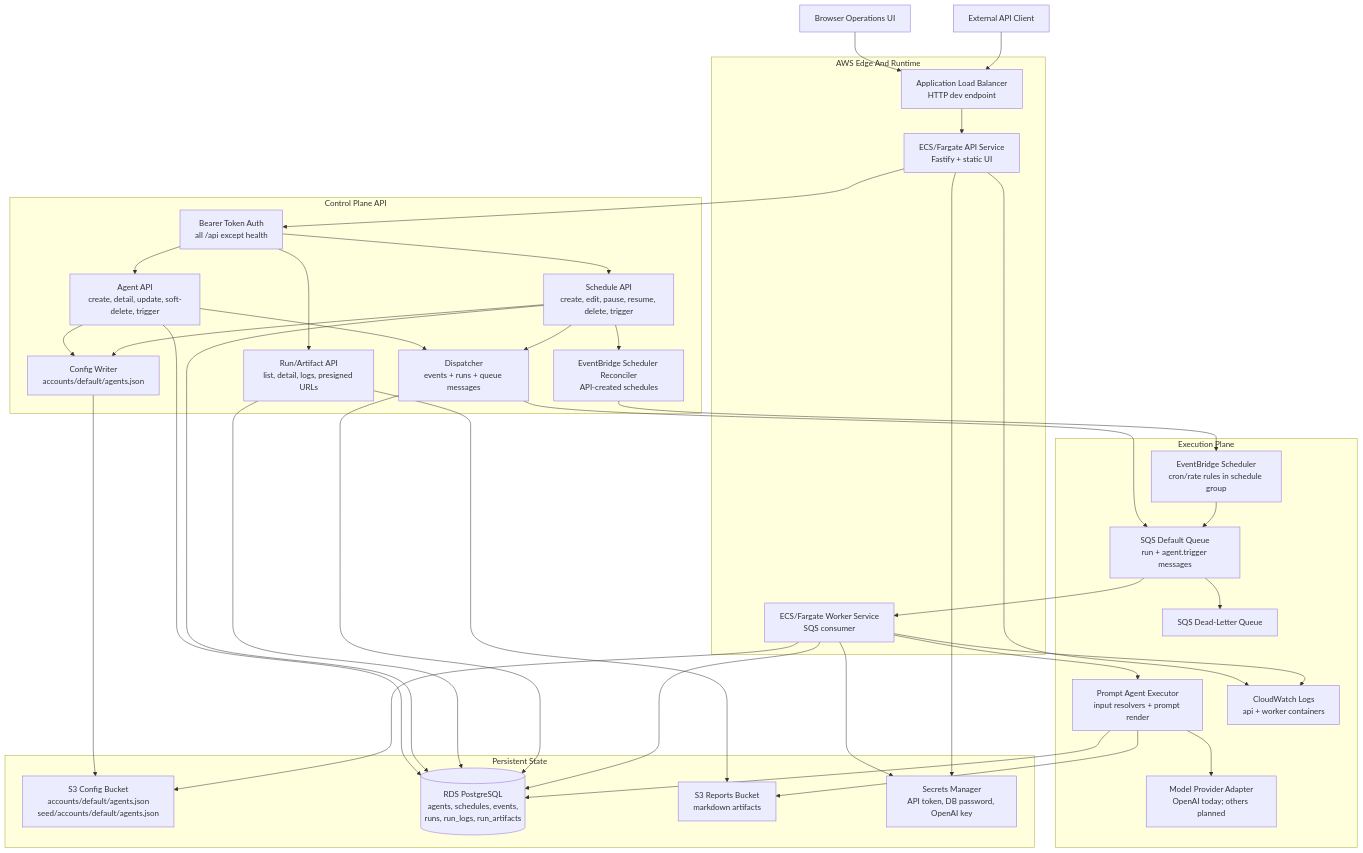
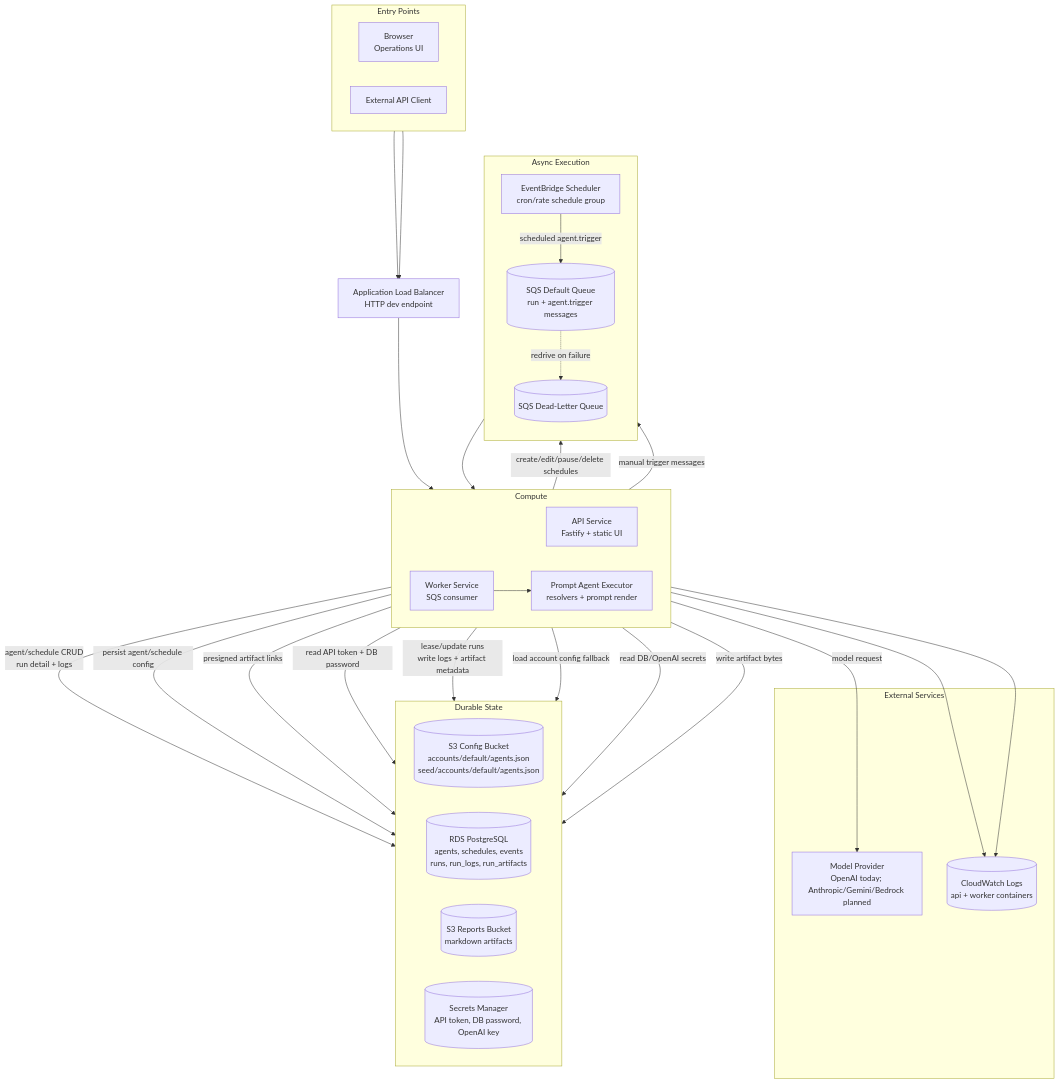
Before and after one commit to NTitterton/event-agent: the first of 2 diagrams in project_design.md, drawn with Mermaid.

Commit message:
Improve architecture diagram layout

````diff
--- a/project_design.md
+++ b/project_design.md
@@ -7,74 +7,62 @@
 ```mermaid
-graph TD
-    Browser["Browser Operations UI"]
-    ExternalClient["External API Client"]
-
-    subgraph "AWS Edge And Runtime"
-        ALB["Application Load Balancer<br/>HTTP dev endpoint"]
-        ApiSvc["ECS/Fargate API Service<br/>Fastify + static UI"]
-        WorkerSvc["ECS/Fargate Worker Service<br/>SQS consumer"]
+flowchart TB
+    subgraph Entry["Entry Points"]
+        direction LR
+        Browser["Browser<br/>Operations UI"]
+        Client["External API Client"]
     end
 
-    subgraph "Control Plane API"
-        Auth["Bearer Token Auth<br/>all /api except health"]
-        AgentApi["Agent API<br/>create, detail, update, soft-delete, trigger"]
-        ScheduleApi["Schedule API<br/>create, edit, pause, resume, delete, trigger"]
-        RunApi["Run/Artifact API<br/>list, detail, logs, presigned URLs"]
-        ConfigWriter["Config Writer<br/>accounts/default/agents.json"]
-        SchedulerReconciler["EventBridge Scheduler Reconciler<br/>API-created schedules"]
-        Dispatcher["Dispatcher<br/>events + runs + queue messages"]
+    ALB["Application Load Balancer<br/>HTTP dev endpoint"]
+
+    subgraph Runtime["Compute"]
+        direction LR
+        API["API Service<br/>Fastify + static UI"]
+        Worker["Worker Service<br/>SQS consumer"]
+        Executor["Prompt Agent Executor<br/>resolvers + prompt render"]
     end
 
-    subgraph "Persistent State"
-        ConfigS3["S3 Config Bucket<br/>accounts/default/agents.json<br/>seed/accounts/default/agents.json"]
-        DB[("RDS PostgreSQL<br/>agents, schedules, events,<br/>runs, run_logs, run_artifacts")]
-        ReportS3["S3 Reports Bucket<br/>markdown artifacts"]
-        Secrets["Secrets Manager<br/>API token, DB password, OpenAI key"]
+    subgraph Async["Async Execution"]
+        direction TB
+        Scheduler["EventBridge Scheduler<br/>cron/rate schedule group"]
+        Queue[("SQS Default Queue<br/>run + agent.trigger messages")]
+        DLQ[("SQS Dead-Letter Queue")]
     end
 
-    subgraph "Execution Plane"
-        EventBridge["EventBridge Scheduler<br/>cron/rate rules in schedule group"]
-        SQS["SQS Default Queue<br/>run + agent.trigger messages"]
-        DLQ["SQS Dead-Letter Queue"]
-        Executor["Prompt Agent Executor<br/>input resolvers + prompt render"]
-        Provider["Model Provider Adapter<br/>OpenAI today; others planned"]
-        CloudWatch["CloudWatch Logs<br/>api + worker containers"]
+    subgraph External["External Services"]
+        Provider["Model Provider<br/>OpenAI today; Anthropic/Gemini/Bedrock planned"]
+        Logs[("CloudWatch Logs<br/>api + worker containers")]
+    end
+
+    subgraph State["Durable State"]
+        direction LR
+        Config[("S3 Config Bucket<br/>accounts/default/agents.json<br/>seed/accounts/default/agents.json")]
+        DB[("RDS PostgreSQL<br/>agents, schedules, events<br/>runs, run_logs, run_artifacts")]
+        Reports[("S3 Reports Bucket<br/>markdown artifacts")]
+        Secrets[("Secrets Manager<br/>API token, DB password, OpenAI key")]
     end
 
     Browser --> ALB
-    ExternalClient --> ALB
-    ALB --> ApiSvc
-    ApiSvc --> Auth
-    Auth --> AgentApi
-    Auth --> ScheduleApi
-    Auth --> RunApi
+    Client --> ALB
+    ALB --> API
 
-    AgentApi --> DB
-    AgentApi --> ConfigWriter
-    AgentApi --> Dispatcher
-    ScheduleApi --> DB
-    ScheduleApi --> ConfigWriter
-    ScheduleApi --> SchedulerReconciler
-    ScheduleApi --> Dispatcher
-    RunApi --> DB
-    RunApi --> ReportS3
+    API -->|"agent/schedule CRUD<br/>run detail + logs"| DB
+    API -->|"persist agent/schedule config"| Config
+    API -->|"create/edit/pause/delete schedules"| Scheduler
+    API -->|"manual trigger messages"| Queue
+    API -->|"presigned artifact links"| Reports
+    API -->|"read API token + DB password"| Secrets
 
-    ConfigWriter --> ConfigS3
-    SchedulerReconciler --> EventBridge
-    Dispatcher --> DB
-    Dispatcher --> SQS
+    Scheduler -->|"scheduled agent.trigger"| Queue
+    Queue --> Worker
+    Queue -. "redrive on failure" .-> DLQ
 
-    EventBridge --> SQS
-    SQS --> WorkerSvc
-    SQS --> DLQ
-    WorkerSvc --> Executor
-    WorkerSvc --> DB
-    WorkerSvc --> ConfigS3
-    WorkerSvc --> Secrets
-    ApiSvc --> Secrets
-    Executor --> Provider
-    Executor --> ReportS3
-    Executor --> DB
-    ApiSvc --> CloudWatch
-    WorkerSvc --> CloudWatch
+    Worker -->|"lease/update runs<br/>write logs + artifact metadata"| DB
+    Worker -->|"load account config fallback"| Config
+    Worker -->|"read DB/OpenAI secrets"| Secrets
+    Worker --> Executor
+    Executor -->|"model request"| Provider
+    Executor -->|"write artifact bytes"| Reports
+
+    API --> Logs
+    Worker --> Logs
 ```
````
